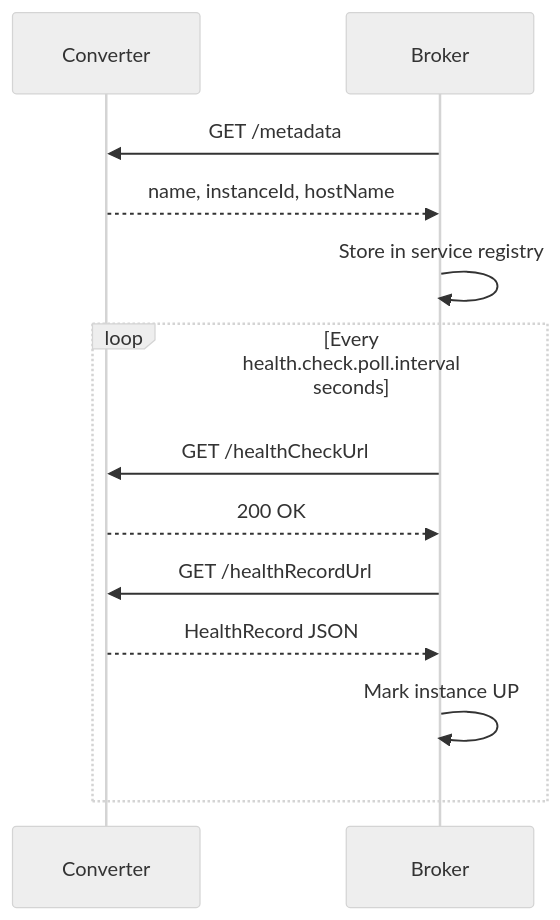
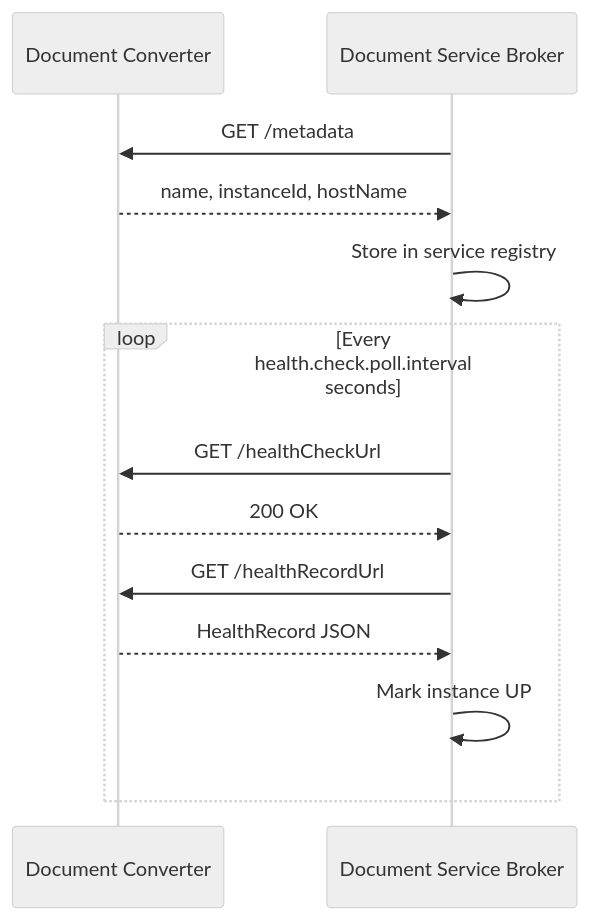
Before and after one commit to Uxopian/uxodocs: the second of 3 diagrams in docs/arender/overview/architecture.classic.md, drawn with Mermaid (neutral theme). The commit also changed other lines of this file and 34 other files, not shown here.

````diff
--- a/docs/arender/overview/architecture.classic.md
+++ b/docs/arender/overview/architecture.classic.md
@@ -230,15 +230,15 @@
 ```mermaid
 sequenceDiagram
-    participant DC as Converter
-    participant SB as Broker
+    participant DC as Document Converter
+    participant SB as Document Service Broker
     SB->>DC: GET /metadata
     DC-->>SB: name, instanceId, hostName
     SB->>SB: Store in service registry
     loop Every health.check.poll.interval seconds
         SB->>DC: GET /healthCheckUrl
         DC-->>SB: 200 OK
         SB->>DC: GET /healthRecordUrl
         DC-->>SB: HealthRecord JSON
         SB->>SB: Mark instance UP
     end
 ```
````
